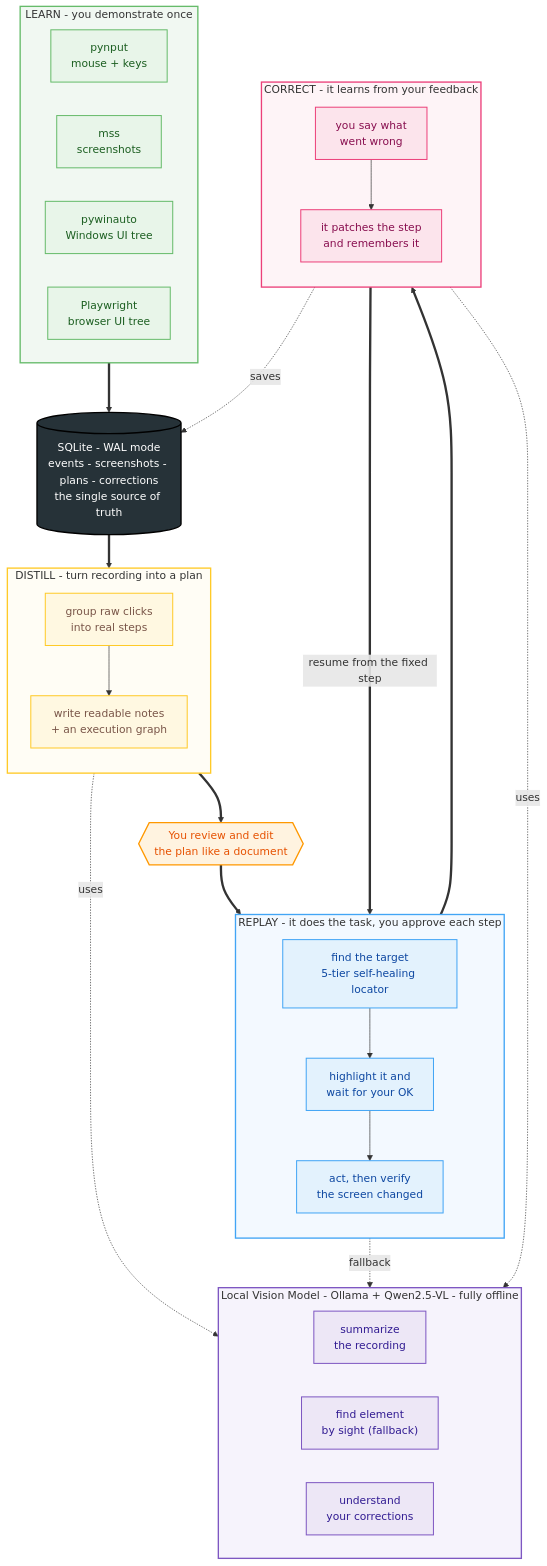
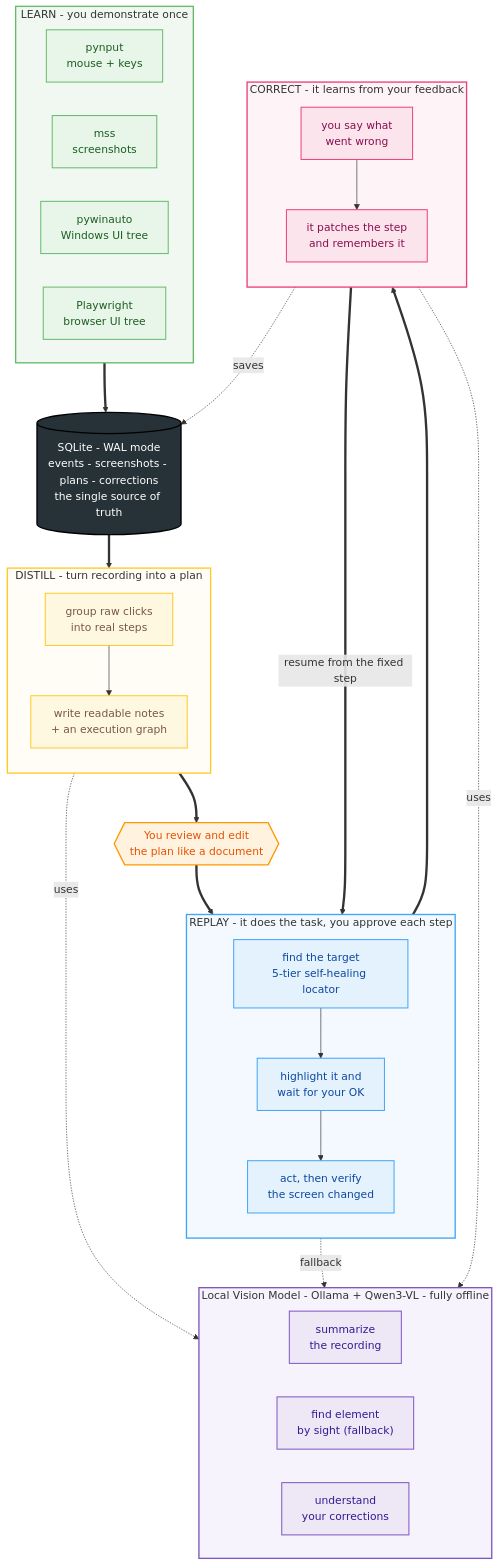
The first of 4 diagrams in README.md (yashdayma55/Mimic-Agent), drawn with Mermaid before and after one commit. The commit also changed other lines of this file, not shown here.

Commit message:
update readme with phase 2 and 3 - added detailed diagrams and walkthroughs for local vision and distillation

````diff
--- a/README.md
+++ b/README.md
@@ -21,68 +21,68 @@
 ```mermaid
 flowchart TB
     subgraph LEARN["LEARN - you demonstrate once"]
         direction LR
         L1["pynput<br/>mouse + keys"]:::rec
         L2["mss<br/>screenshots"]:::rec
         L3["pywinauto<br/>Windows UI tree"]:::rec
         L4["Playwright<br/>browser UI tree"]:::rec
     end
 
     DB[("SQLite - WAL mode<br/>events - screenshots - plans - corrections<br/>the single source of truth")]:::db
 
-    subgraph BRAIN["Local Vision Model - Ollama + Qwen2.5-VL - fully offline"]
+    subgraph BRAIN["Local Vision Model - Ollama + Qwen3-VL - fully offline"]
         direction LR
         B1["summarize<br/>the recording"]:::ai
         B2["find element<br/>by sight (fallback)"]:::ai
         B3["understand<br/>your corrections"]:::ai
     end
 
     subgraph DISTILL["DISTILL - turn recording into a plan"]
         direction TB
         D1["group raw clicks<br/>into real steps"]:::dist
         D2["write readable notes<br/>+ an execution graph"]:::dist
         D1 --> D2
     end
 
     EDIT{{"You review and edit<br/>the plan like a document"}}:::human
 
     subgraph REPLAY["REPLAY - it does the task, you approve each step"]
         direction TB
         R1["find the target<br/>5-tier self-healing locator"]:::rep
         R2["highlight it and<br/>wait for your OK"]:::rep
         R3["act, then verify<br/>the screen changed"]:::rep
         R1 --> R2 --> R3
     end
 
     subgraph CORRECT["CORRECT - it learns from your feedback"]
         direction TB
         C1["you say what<br/>went wrong"]:::cor
         C2["it patches the step<br/>and remembers it"]:::cor
         C1 --> C2
     end
 
     LEARN ==> DB
     DB ==> DISTILL
     DISTILL -.uses.-> B1
     DISTILL ==> EDIT
     EDIT ==> REPLAY
     REPLAY -.fallback.-> B2
     REPLAY ==> CORRECT
     CORRECT -.uses.-> B3
     CORRECT ==>|"resume from the fixed step"| REPLAY
     CORRECT -.saves.-> DB
 
     classDef rec fill:#e8f5e9,color:#1b5e20,stroke:#66bb6a,stroke-width:1.5px
     classDef dist fill:#fff8e1,color:#795548,stroke:#ffca28,stroke-width:1.5px
     classDef rep fill:#e3f2fd,color:#0d47a1,stroke:#42a5f5,stroke-width:1.5px
     classDef cor fill:#fce4ec,color:#880e4f,stroke:#ec407a,stroke-width:1.5px
     classDef ai fill:#ede7f6,color:#311b92,stroke:#7e57c2,stroke-width:1.5px
     classDef db fill:#263238,color:#fff,stroke:#000,stroke-width:2px
     classDef human fill:#fff3e0,color:#e65100,stroke:#ff9800,stroke-width:2px
 
     style LEARN fill:#f1f8f2,stroke:#66bb6a,stroke-width:2px
     style DISTILL fill:#fffdf5,stroke:#ffca28,stroke-width:2px
     style REPLAY fill:#f3f9ff,stroke:#42a5f5,stroke-width:2px
     style CORRECT fill:#fef4f7,stroke:#ec407a,stroke-width:2px
     style BRAIN fill:#f6f3fc,stroke:#7e57c2,stroke-width:2px
 ```
````
